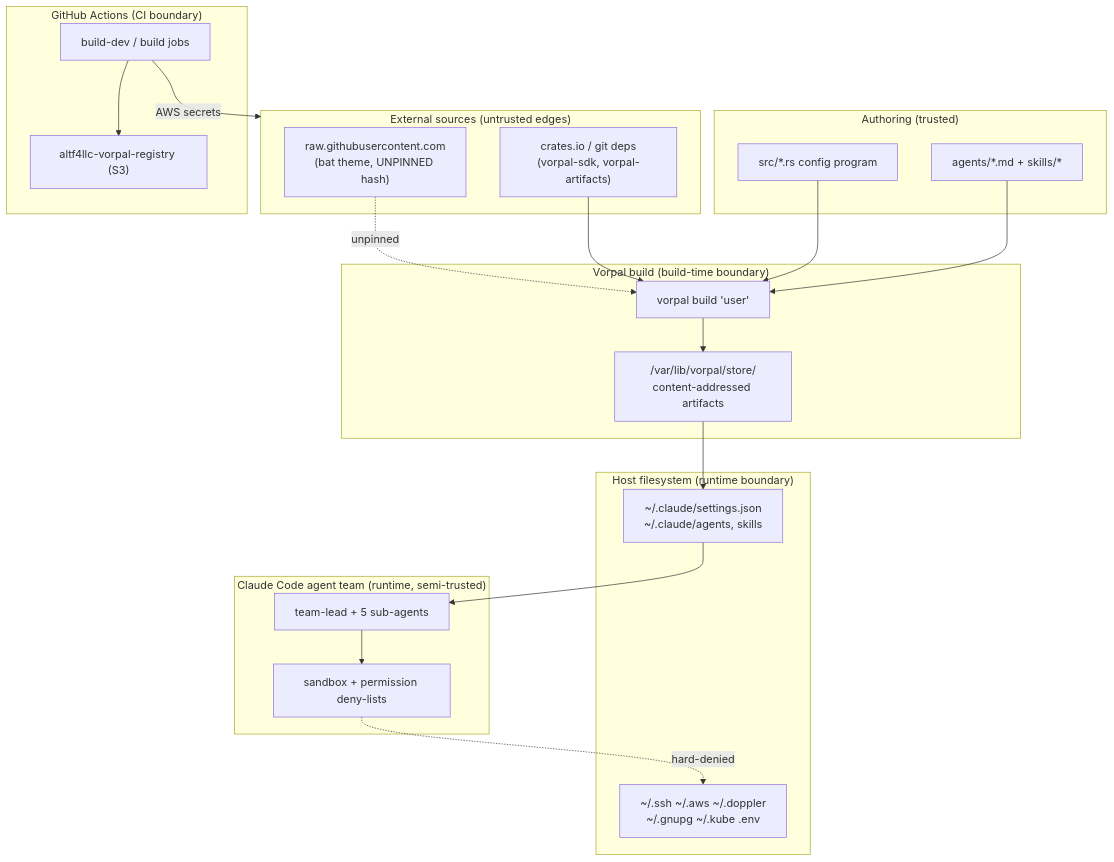
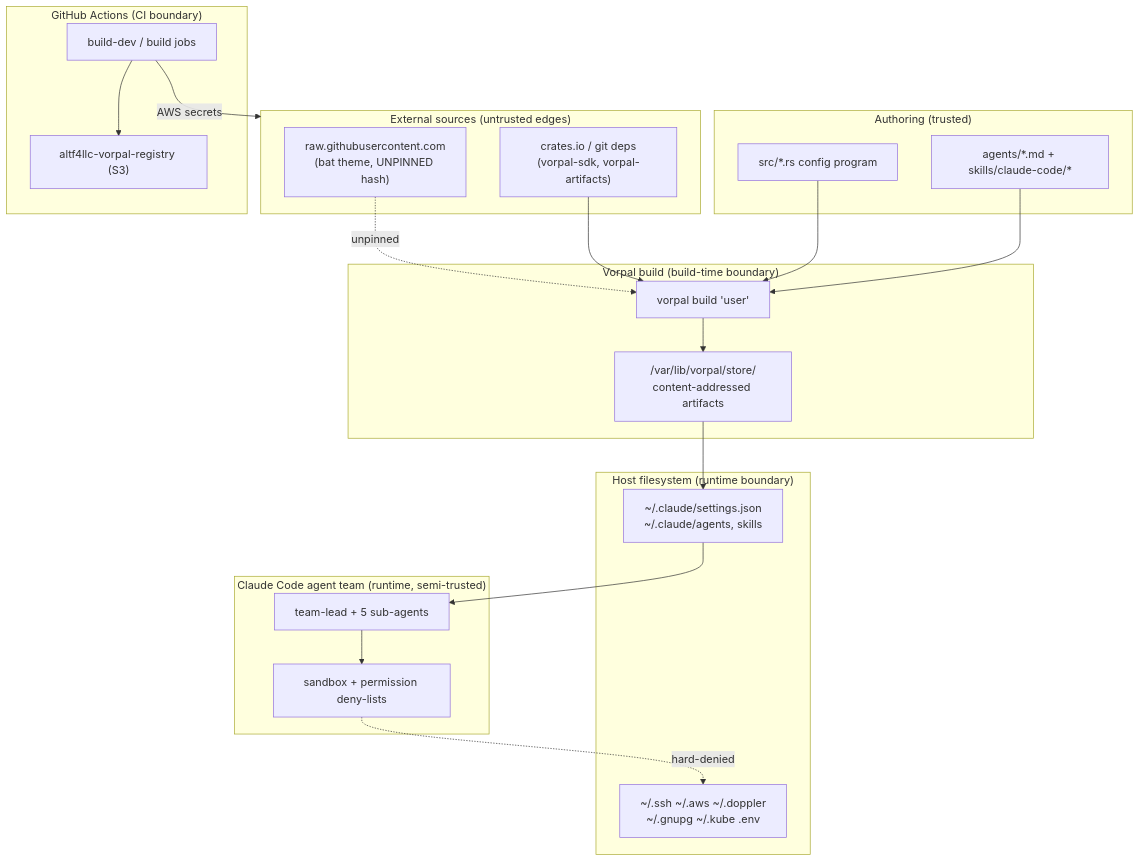
The first of 3 diagrams in docs/spec/security.md (ALT-F4-LLC/dotfiles.vorpal), drawn with Mermaid before and after one commit. The commit also changed 25 other files, not shown here.

Commit message:
refactor: move claude code skills under namespace

````diff
--- a/docs/spec/security.md
+++ b/docs/spec/security.md
@@ -24,44 +24,44 @@
 ```mermaid
 flowchart TD
     subgraph authoring["Authoring (trusted)"]
         SRC["src/*.rs config program"]
-        AGENTS["agents/*.md + skills/*"]
+        AGENTS["agents/*.md + skills/claude-code/*"]
     end
 
     subgraph build["Vorpal build (build-time boundary)"]
         BUILD["vorpal build 'user'"]
         STORE["/var/lib/vorpal/store/<br/>content-addressed artifacts"]
     end
 
     subgraph external["External sources (untrusted edges)"]
         GH["raw.githubusercontent.com<br/>(bat theme, UNPINNED hash)"]
         CRATES["crates.io / git deps<br/>(vorpal-sdk, vorpal-artifacts)"]
     end
 
     subgraph host["Host filesystem (runtime boundary)"]
         SYMLINK["~/.claude/settings.json<br/>~/.claude/agents, skills"]
         SECRETS["~/.ssh ~/.aws ~/.doppler<br/>~/.gnupg ~/.kube .env"]
     end
 
     subgraph agent["Claude Code agent team (runtime, semi-trusted)"]
         TEAM["team-lead + 5 sub-agents"]
         SANDBOX["sandbox + permission deny-lists"]
     end
 
     subgraph ci["GitHub Actions (CI boundary)"]
         CIJOB["build-dev / build jobs"]
         S3["altf4llc-vorpal-registry (S3)"]
     end
 
     SRC --> BUILD
     AGENTS --> BUILD
     GH -.unpinned.-> BUILD
     CRATES --> BUILD
     BUILD --> STORE
     STORE --> SYMLINK
     SYMLINK --> TEAM
     TEAM --> SANDBOX
     SANDBOX -. hard-denied .-> SECRETS
     CIJOB --> S3
     CIJOB -->|AWS secrets| external
 ```
````
